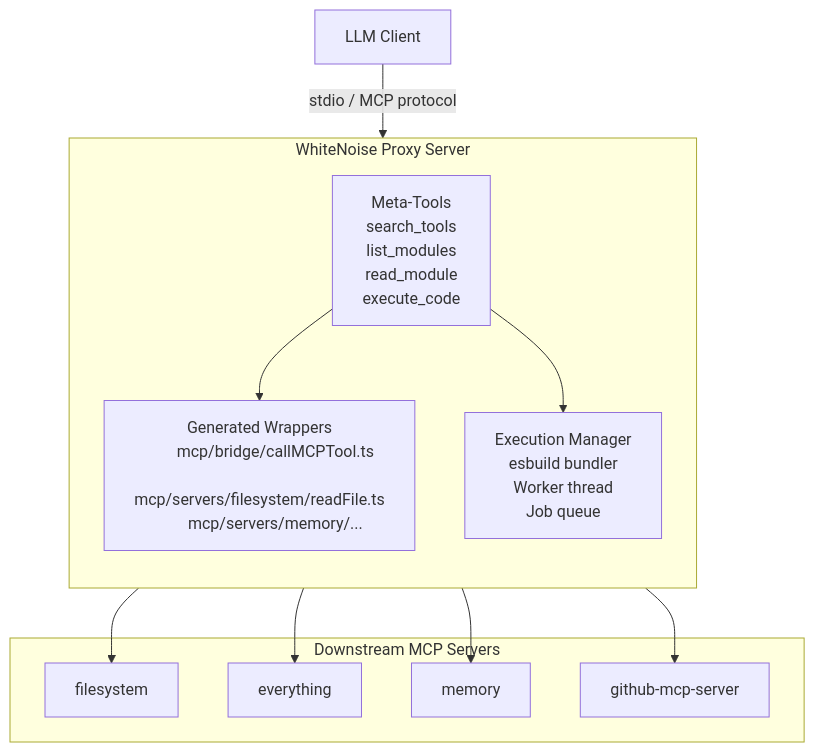
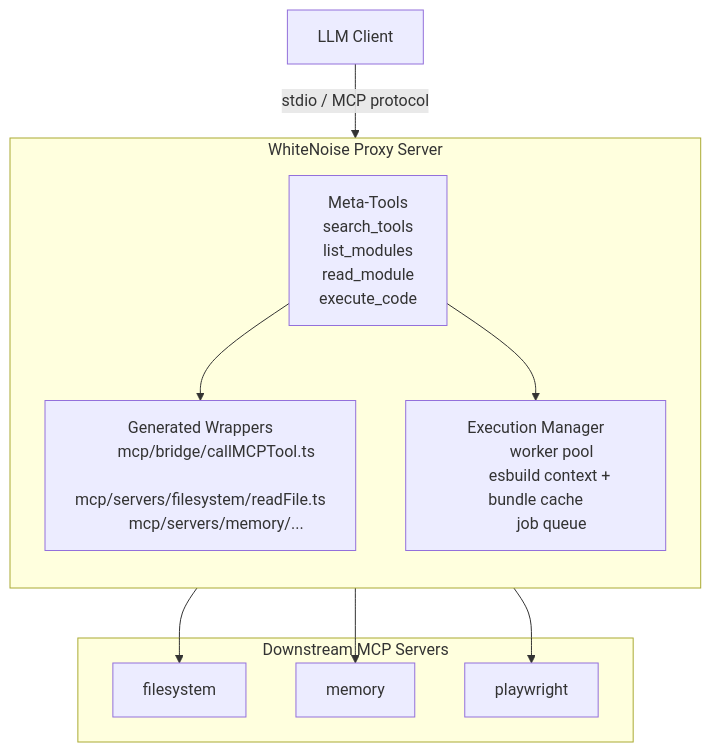
One commit to dhyaneesh/whitenoise changed the first of 3 diagrams in README.md. Above: the diagram before and after it, drawn with Mermaid. The commit also changed other lines of this file and 22 other files, not shown here.

First line of the commit message:
Improve proxy architecture, add Vitest suite, and refresh docs.

````diff
--- a/README.md
+++ b/README.md
@@ -28,38 +28,36 @@
 ```mermaid
 graph TD
     LLM["LLM Client"]
 
     subgraph Proxy["WhiteNoise Proxy Server"]
         direction TB
         MetaTools["Meta-Tools
         search_tools
         list_modules
         read_module
         execute_code"]
 
         Wrappers["Generated Wrappers
         mcp/bridge/callMCPTool.ts
         mcp/servers/filesystem/readFile.ts
         mcp/servers/memory/..."]
 
         ExecMgr["Execution Manager
-        esbuild bundler
-        Worker thread
-        Job queue"]
+        worker pool
+        esbuild context + bundle cache
+        job queue"]
     end
 
     subgraph Downstream["Downstream MCP Servers"]
         FS["filesystem"]
-        EV["everything"]
         MEM["memory"]
-        GH["github-mcp-server"]
+        PW["playwright"]
     end
 
     LLM -- "stdio / MCP protocol" --> MetaTools
     MetaTools --> Wrappers
     MetaTools --> ExecMgr
     ExecMgr --> FS
-    ExecMgr --> EV
     ExecMgr --> MEM
-    ExecMgr --> GH
+    ExecMgr --> PW
 ```
````
